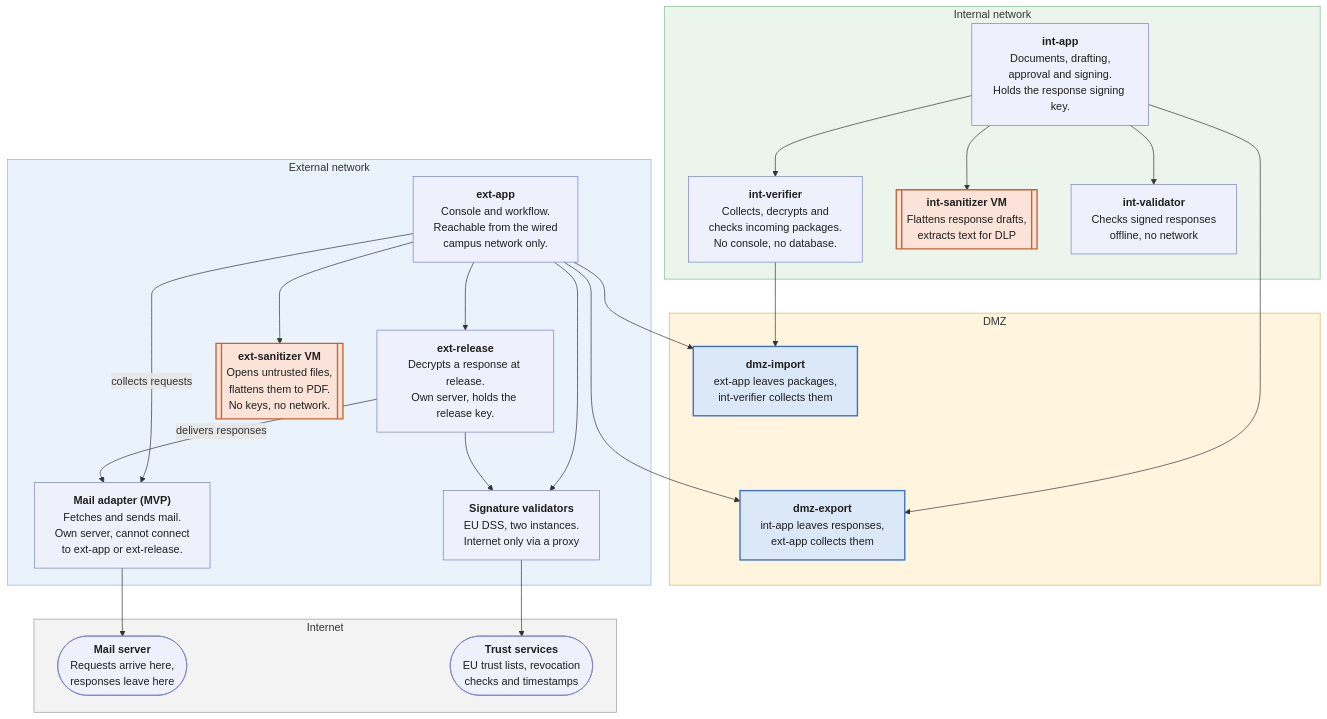
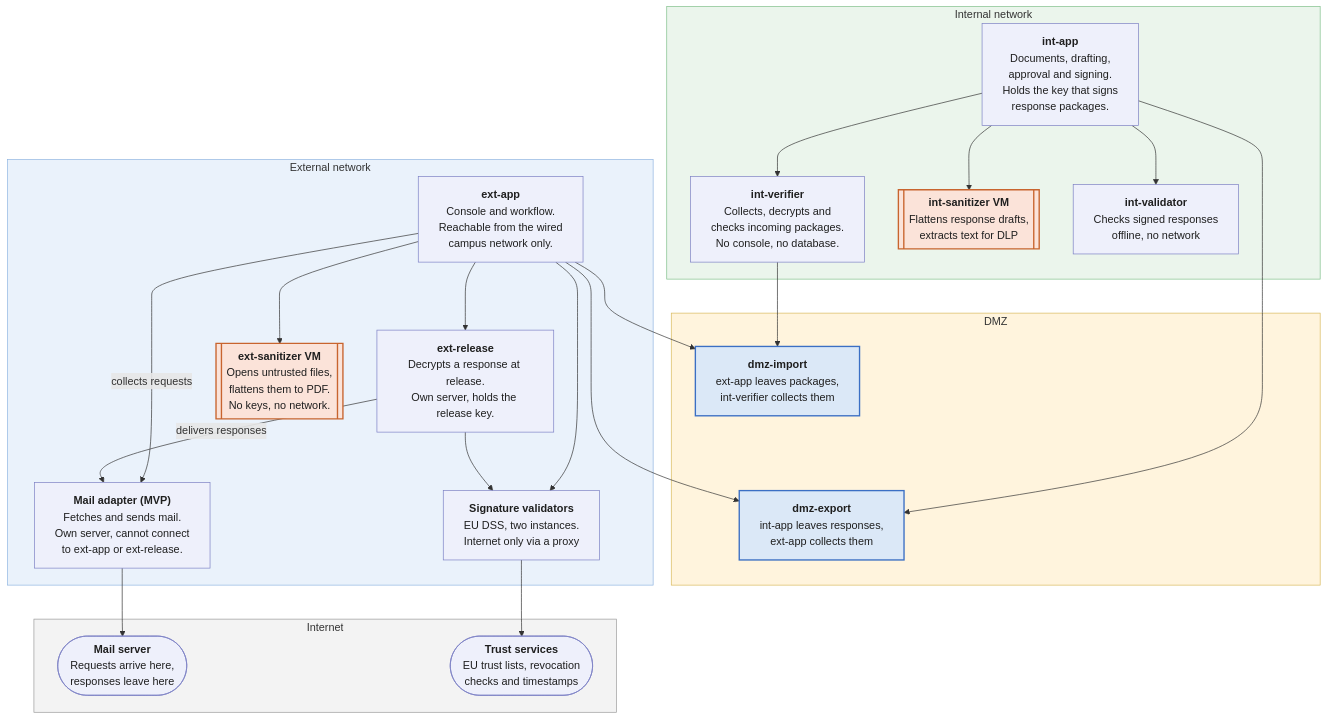
The diagram in document-exchange-proposal.md (tgivslife/dxg-document-gateway), drawn with Mermaid before and after one commit. The commit also changed other lines of this file and 4 other files, not shown here.

````diff
--- a/document-exchange-proposal.md
+++ b/document-exchange-proposal.md
@@ -28,60 +28,60 @@
 ```mermaid
 flowchart TB
     accDescr: DXG parts by network zone. Arrows point from the side that opens the connection, and both networks connect out to the DMZ.
 
     subgraph INT["Internal network"]
-        IAPP["<b>int-app</b><br/>Documents, drafting,<br/>approval and signing.<br/>Holds the response signing key."]
+        IAPP["<b>int-app</b><br/>Documents, drafting,<br/>approval and signing.<br/>Holds the key that signs<br/>response packages."]
         IVER["<b>int-verifier</b><br/>Collects, decrypts and<br/>checks incoming packages.<br/>No console, no database."]
         ISAN[["<b>int-sanitizer VM</b><br/>Flattens response drafts,<br/>extracts text for DLP"]]
         IVAL["<b>int-validator</b><br/>Checks signed responses<br/>offline, no network"]
     end
 
     subgraph DMZ["DMZ"]
         IMP["<b>dmz-import</b><br/>ext-app leaves packages,<br/>int-verifier collects them"]
         EXP["<b>dmz-export</b><br/>int-app leaves responses,<br/>ext-app collects them"]
     end
 
     subgraph EXT["External network"]
         CORE["<b>ext-app</b><br/>Console and workflow.<br/>Reachable from the wired<br/>campus network only."]
         REL["<b>ext-release</b><br/>Decrypts a response at release.<br/>Own server, holds the release key."]
         ADAPTER["<b>Mail adapter (MVP)</b><br/>Fetches and sends mail.<br/>Own server, cannot connect<br/>to ext-app or ext-release."]
         SAN[["<b>ext-sanitizer VM</b><br/>Opens untrusted files,<br/>flattens them to PDF.<br/>No keys, no network."]]
         VAL["<b>Signature validators</b><br/>EU DSS, two instances.<br/>Internet only via a proxy"]
     end
 
     subgraph NET["Internet"]
         MAIL(["<b>Mail server</b><br/>Requests arrive here,<br/>responses leave here"])
         TRUST(["<b>Trust services</b><br/>EU trust lists, revocation<br/>checks and timestamps"])
     end
 
     %% Each arrow points from the side that opens the connection.
     IVER --> IMP
     IAPP --> IVER
     IAPP --> EXP
     IAPP --> ISAN
     IAPP --> IVAL
     CORE --> IMP
     CORE --> EXP
     CORE --> SAN
     CORE --> VAL
     CORE -->|"collects requests"| ADAPTER
     REL -->|"delivers responses"| ADAPTER
     CORE --> REL
     REL --> VAL
     ADAPTER --> MAIL
     VAL --> TRUST
 
     %% Layout only: stack the DMZ hosts so no line runs between them.
     IMP ~~~ EXP
 
     classDef part fill:#eef0fb,stroke:#7b7fc4,color:#1f1f1f
     classDef vm fill:#fbe3d9,stroke:#c8642e,stroke-width:2px,color:#1f1f1f
     classDef dmz fill:#dbe8f7,stroke:#3b6fc4,stroke-width:2px,color:#1f1f1f
     class MAIL,TRUST,ADAPTER,CORE,REL,VAL,IAPP,IVAL,IVER part
     class SAN,ISAN vm
     class IMP,EXP dmz
     style NET fill:#f3f3f3,stroke:#9a9a9a
     style EXT fill:#eaf2fb,stroke:#8fb4e0
     style DMZ fill:#fff4dd,stroke:#d8b85a
     style INT fill:#ebf5ec,stroke:#7fbf8a
 ```
````
